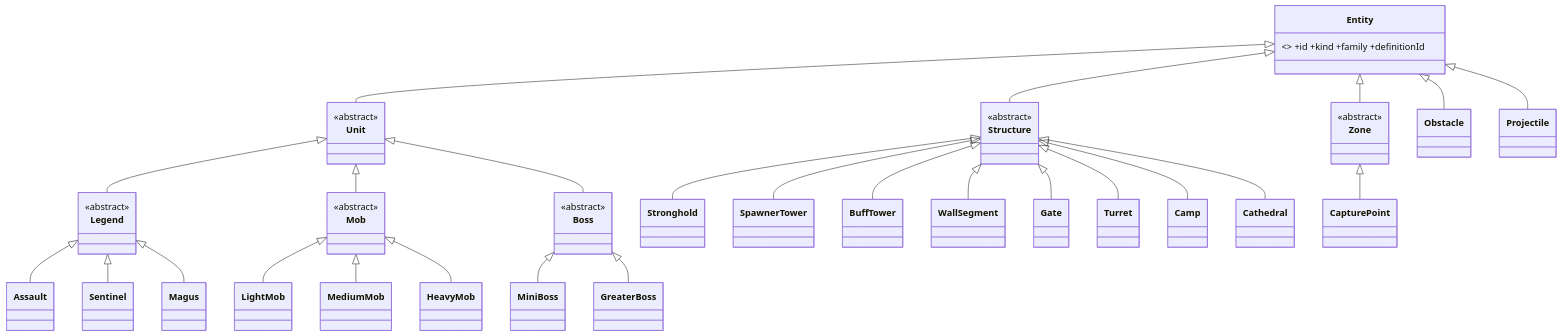
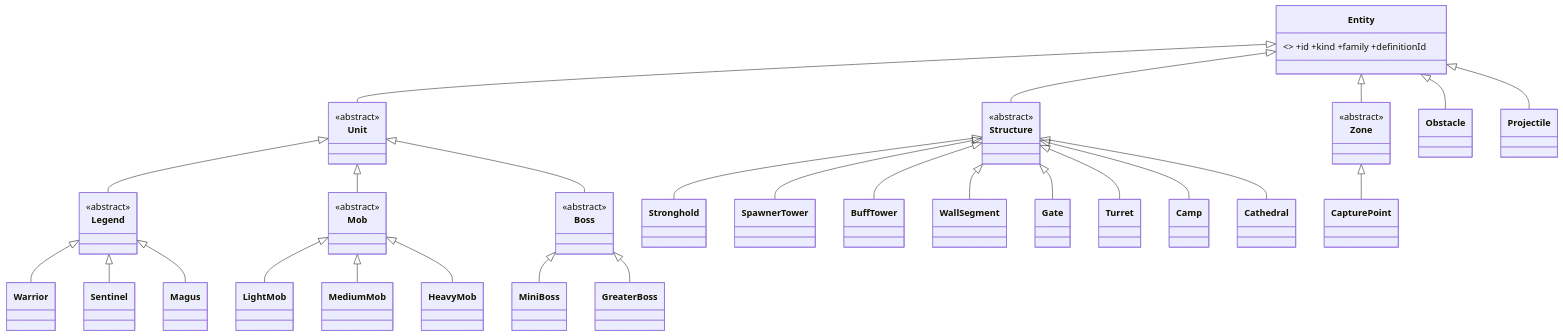
Before and after one commit to SamarjitBhogal/eternalus: the diagram in docs/architecture/04-entity-architecture.md, drawn with Mermaid. The commit also changed other lines of this file and 43 other files, not shown here.

````diff
--- a/docs/architecture/04-entity-architecture.md
+++ b/docs/architecture/04-entity-architecture.md
@@ -39,35 +39,35 @@
 ```mermaid
 classDiagram
   class Entity { <<abstract>> +id +kind +family +definitionId }
   class Unit { <<abstract>> }
   class Legend { <<abstract>> }
   class Mob { <<abstract>> }
   class Boss { <<abstract>> }
   class Structure { <<abstract>> }
   class Zone { <<abstract>> }
   Entity <|-- Unit
   Entity <|-- Structure
   Entity <|-- Zone
   Entity <|-- Obstacle
   Entity <|-- Projectile
   Unit <|-- Legend
   Unit <|-- Mob
   Unit <|-- Boss
-  Legend <|-- Assault
+  Legend <|-- Warrior
   Legend <|-- Sentinel
   Legend <|-- Magus
   Mob <|-- LightMob
   Mob <|-- MediumMob
   Mob <|-- HeavyMob
   Boss <|-- MiniBoss
   Boss <|-- GreaterBoss
   Structure <|-- Stronghold
   Structure <|-- SpawnerTower
   Structure <|-- BuffTower
   Structure <|-- WallSegment
   Structure <|-- Gate
   Structure <|-- Turret
   Structure <|-- Camp
   Structure <|-- Cathedral
   Zone <|-- CapturePoint
 ```
````
